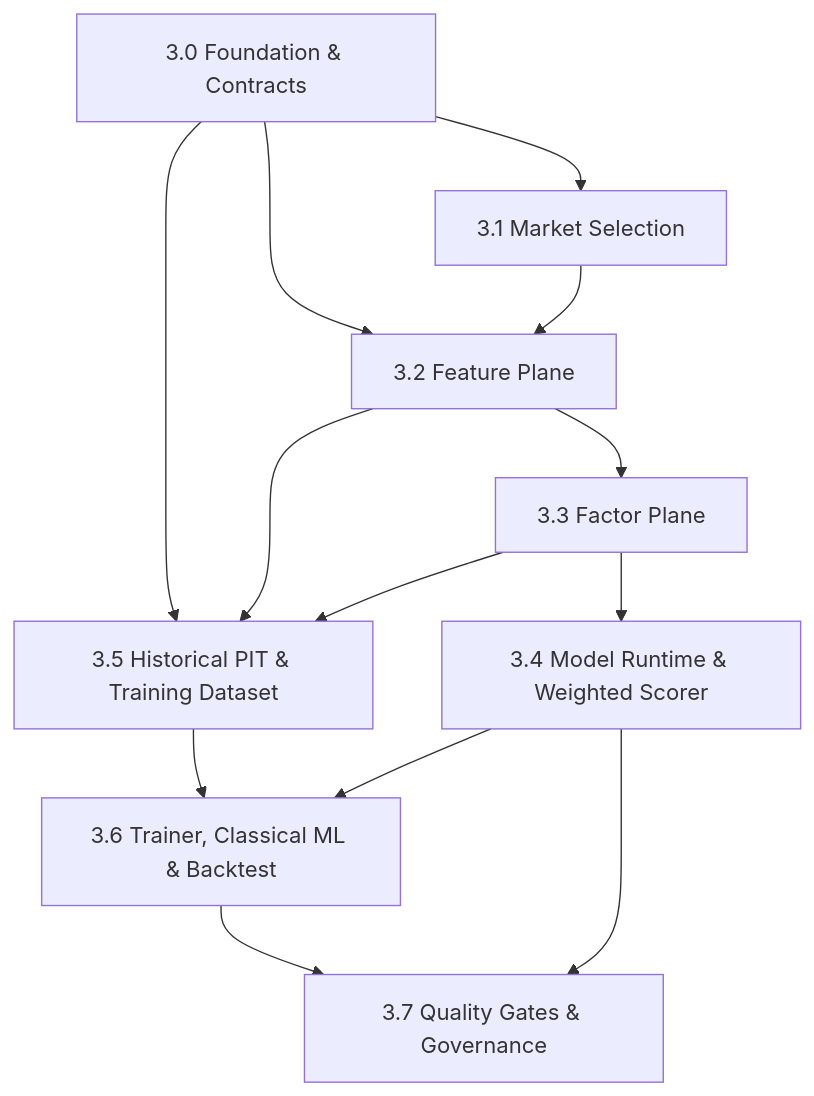
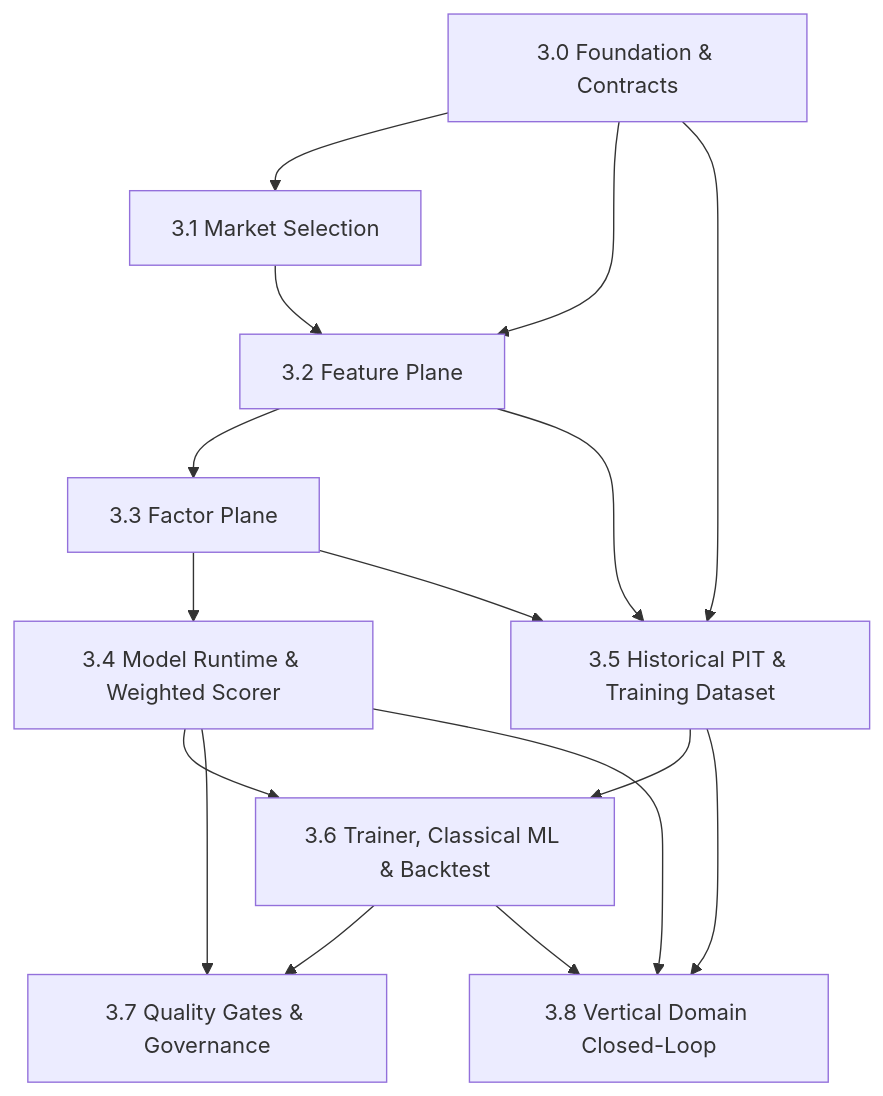
Before and after one commit to solomon-ssy/oxide-arb: the diagram in docs/plans/quant-pivot/phase-03/README.md, drawn with Mermaid. The commit also changed other lines of this file and 95 other files, not shown here.

````diff
--- a/docs/plans/quant-pivot/phase-03/README.md
+++ b/docs/plans/quant-pivot/phase-03/README.md
@@ -61,15 +62,18 @@
 ```mermaid
 flowchart TD
     P30["3.0 Foundation & Contracts"] --> P31["3.1 Market Selection"]
     P30 --> P32["3.2 Feature Plane"]
     P31 --> P32
     P32 --> P33["3.3 Factor Plane"]
     P33 --> P34["3.4 Model Runtime & Weighted Scorer"]
     P30 --> P35["3.5 Historical PIT & Training Dataset"]
     P32 --> P35
     P33 --> P35
     P35 --> P36["3.6 Trainer, Classical ML & Backtest"]
     P34 --> P36
     P36 --> P37["3.7 Quality Gates & Governance"]
     P34 --> P37
+    P34 --> P38["3.8 Vertical Domain Closed-Loop"]
+    P35 --> P38
+    P36 --> P38
 ```
````
